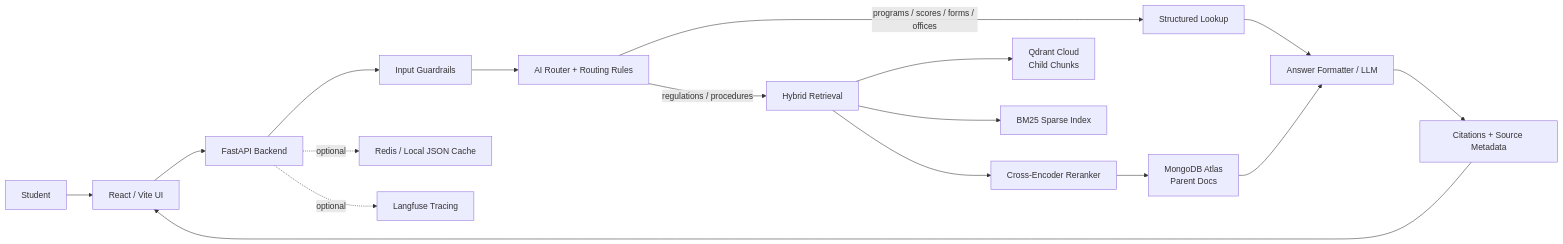
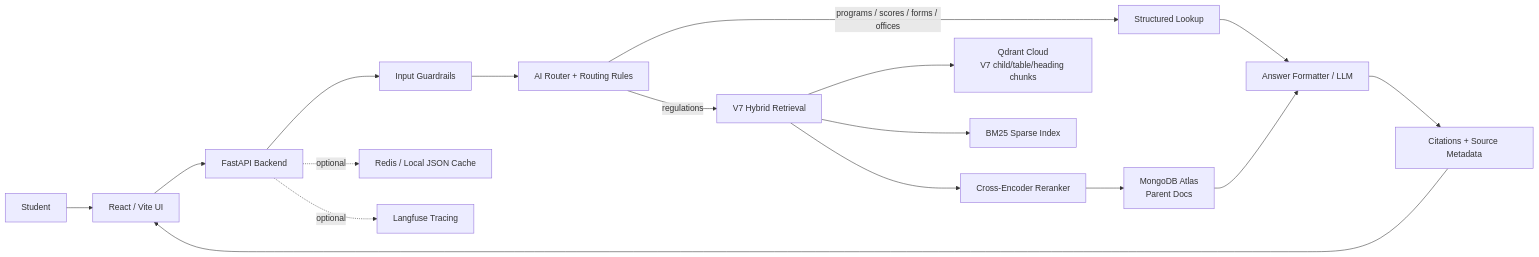
Before and after one commit to AnhPhiNe/student-handbook-rag-chatbot: the first of 3 diagrams in README.md, drawn with Mermaid. The commit also changed other lines of this file, not shown here.

````diff
--- a/README.md
+++ b/README.md
@@ -112,24 +112,24 @@
 ```mermaid
 flowchart LR
     User["Student"] --> Frontend["React / Vite UI"]
     Frontend --> API["FastAPI Backend"]
 
     API --> Guard["Input Guardrails"]
     Guard --> Router["AI Router + Routing Rules"]
 
     Router -->|programs / scores / forms / offices| Lookup["Structured Lookup"]
-    Router -->|regulations / procedures| Retrieval["Hybrid Retrieval"]
+    Router -->|regulations| Retrieval["V7 Hybrid Retrieval"]
 
-    Retrieval --> Qdrant["Qdrant Cloud\nChild Chunks"]
+    Retrieval --> Qdrant["Qdrant Cloud\nV7 child/table/heading chunks"]
     Retrieval --> BM25["BM25 Sparse Index"]
     Retrieval --> Reranker["Cross-Encoder Reranker"]
     Reranker --> Mongo["MongoDB Atlas\nParent Docs"]
 
     Lookup --> Answer["Answer Formatter / LLM"]
     Mongo --> Answer
     Answer --> Citation["Citations + Source Metadata"]
     Citation --> Frontend
 
     API -. optional .-> Cache["Redis / Local JSON Cache"]
     API -. optional .-> Trace["Langfuse Tracing"]
 ```
````
